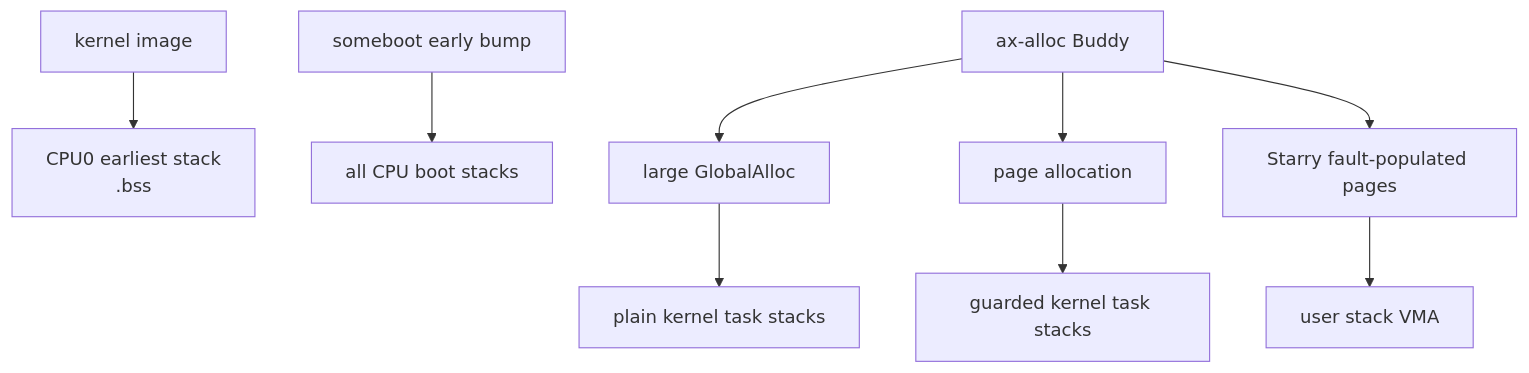
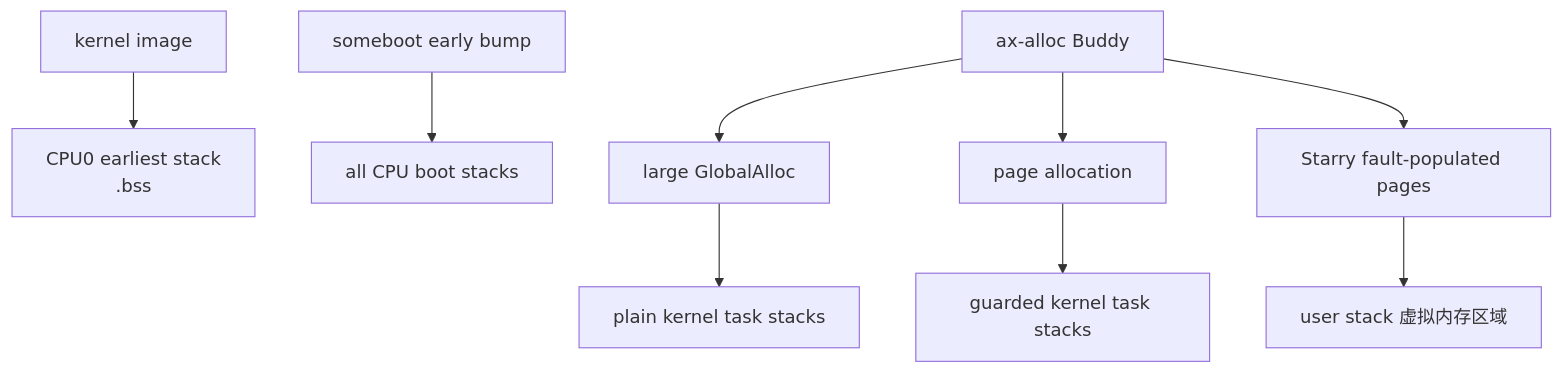
One commit to rcore-os/tgoskits changed the first of 3 diagrams in docs/docs/architecture/memory/stacks.md. Above: the diagram before and after it, drawn with Mermaid. The commit also changed other lines of this file and 12 other files, not shown here.

````diff
--- a/docs/docs/architecture/memory/stacks.md
+++ b/docs/docs/architecture/memory/stacks.md
@@ -32,11 +32,11 @@
 ```mermaid
 flowchart TB
     KImage["kernel image"] --> EarlyStack["CPU0 earliest stack\n.bss"]
     Bump["someboot early bump"] --> CpuStacks["all CPU boot stacks"]
     Buddy["ax-alloc Buddy"] --> Large["large GlobalAlloc"]
     Large --> TaskStacks["plain kernel task stacks"]
     Buddy --> Guarded["page allocation"]
     Guarded --> GuardStacks["guarded kernel task stacks"]
     Buddy --> UserPages["Starry fault-populated pages"]
-    UserPages --> UserStack["user stack VMA"]
+    UserPages --> UserStack["user stack 虚拟内存区域"]
 ```
````
